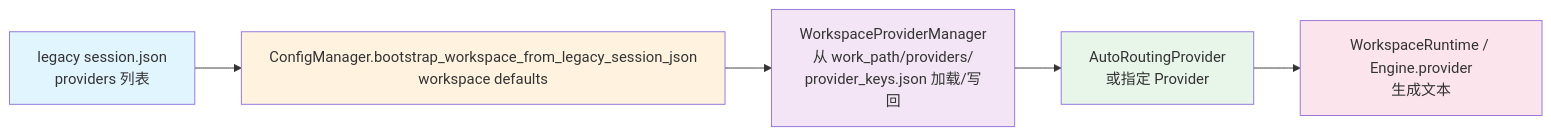
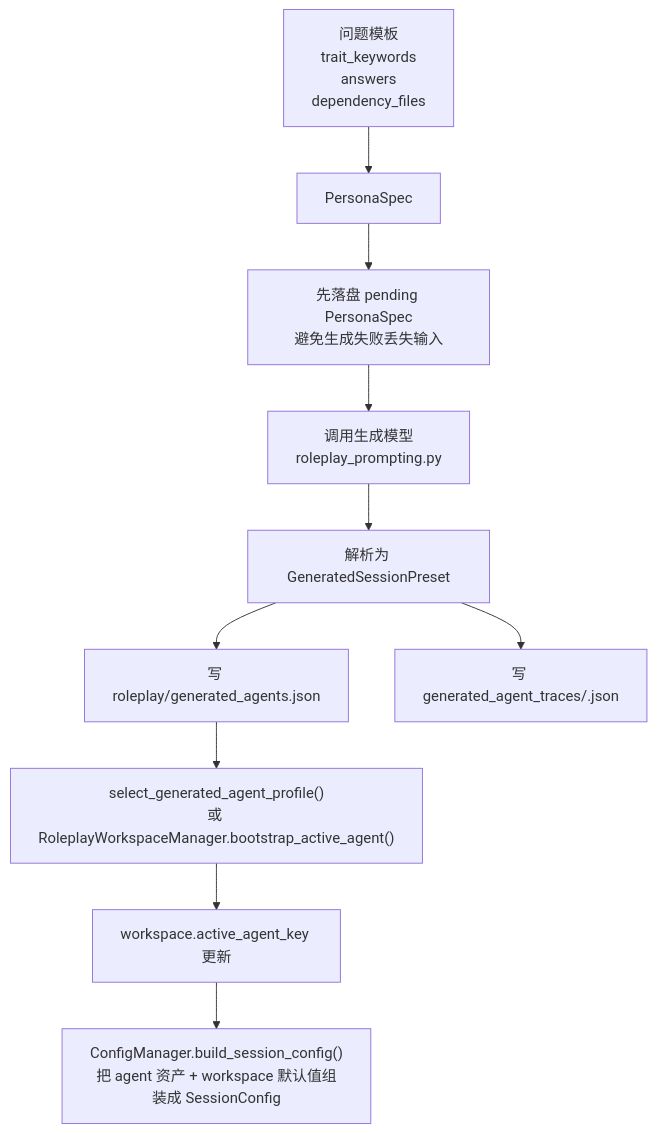
Before and after one commit to Sparrived/SiriusChat: the fifth of 5 diagrams in docs/full-architecture-flow.md, drawn with Mermaid. The commit also changed other lines of this file and 7 other files, not shown here.

First line of the commit message:
docs(architecture): 全量同步当前架构文档

````diff
--- a/docs/full-architecture-flow.md
+++ b/docs/full-architecture-flow.md
@@ -120,13 +190,12 @@
 ```mermaid
-flowchart LR
-  A["legacy session.json<br/>providers 列表"] --> B["ConfigManager.bootstrap_workspace_from_legacy_session_json<br/>workspace defaults"]
-  B --> B2["WorkspaceProviderManager<br/>从 work_path/providers/<br/>provider_keys.json 加载/写回"]
-  B2 --> C["AutoRoutingProvider<br/>或指定 Provider"]
-  C --> D["WorkspaceRuntime / Engine.provider<br/>生成文本"]
-
-    style A fill:#e1f5ff
-    style B fill:#fff3e0
-    style B2 fill:#f3e5f5
-    style C fill:#e8f5e9
-    style D fill:#fce4ec
+flowchart TD
+  A["问题模板\ntrait_keywords\nanswers\ndependency_files"] --> B["PersonaSpec"]
+  B --> C["先落盘 pending PersonaSpec\n避免生成失败丢失输入"]
+  C --> D["调用生成模型\nroleplay_prompting.py"]
+  D --> E["解析为 GeneratedSessionPreset"]
+  E --> F["写 roleplay/generated_agents.json"]
+  E --> G["写 generated_agent_traces/<agent_key>.json"]
+  F --> H["select_generated_agent_profile()\n或 RoleplayWorkspaceManager.bootstrap_active_agent()"]
+  H --> I["workspace.active_agent_key 更新"]
+  I --> J["ConfigManager.build_session_config()\n把 agent 资产 + workspace 默认值组装成 SessionConfig"]
 ```
````
